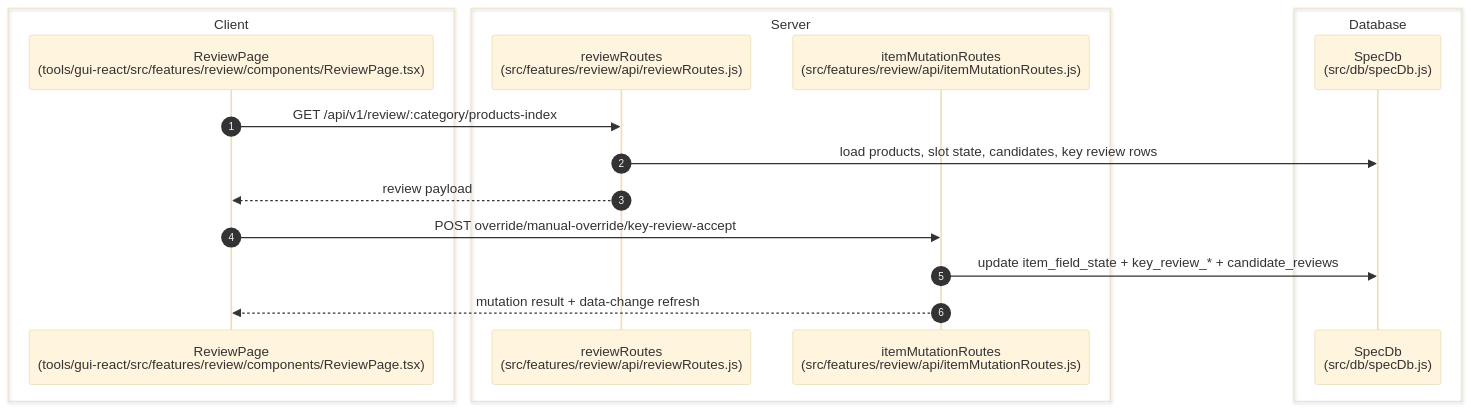
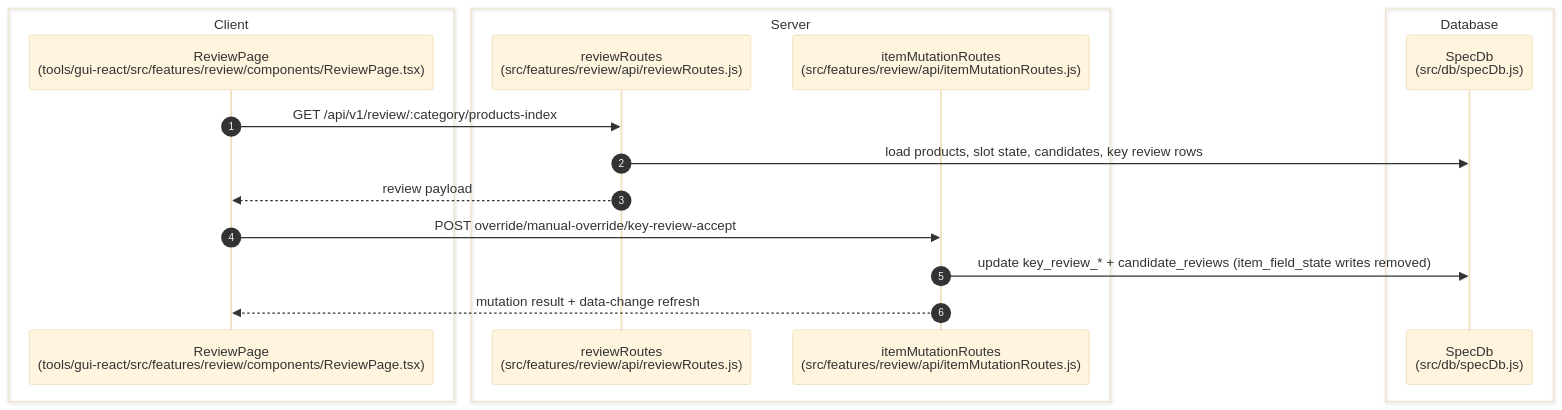
Before and after one commit to CdubVentures/Spec-Factory: the diagram in docs/04-features/review-workbench.md, drawn with Mermaid. The commit also changed other lines of this file and 72 other files, not shown here.

````diff
--- a/docs/04-features/review-workbench.md
+++ b/docs/04-features/review-workbench.md
@@ -74,21 +74,21 @@
 ```mermaid
 %%{init: {'theme': 'base', 'themeVariables': { 'fontSize': '20px', 'actorWidth': 250, 'actorMargin': 200, 'boxMargin': 20 }}}%%
 sequenceDiagram
   autonumber
   box Client
     participant ReviewPage as ReviewPage<br/>(tools/gui-react/src/features/review/components/ReviewPage.tsx)
   end
   box Server
     participant ReviewRoutes as reviewRoutes<br/>(src/features/review/api/reviewRoutes.js)
     participant ItemMut as itemMutationRoutes<br/>(src/features/review/api/itemMutationRoutes.js)
   end
   box Database
     participant SpecDb as SpecDb<br/>(src/db/specDb.js)
   end
   ReviewPage->>ReviewRoutes: GET /api/v1/review/:category/products-index
   ReviewRoutes->>SpecDb: load products, slot state, candidates, key review rows
   ReviewRoutes-->>ReviewPage: review payload
   ReviewPage->>ItemMut: POST override/manual-override/key-review-accept
-  ItemMut->>SpecDb: update item_field_state + key_review_* + candidate_reviews
+  ItemMut->>SpecDb: update key_review_* + candidate_reviews (item_field_state writes removed)
   ItemMut-->>ReviewPage: mutation result + data-change refresh
 ```
````
